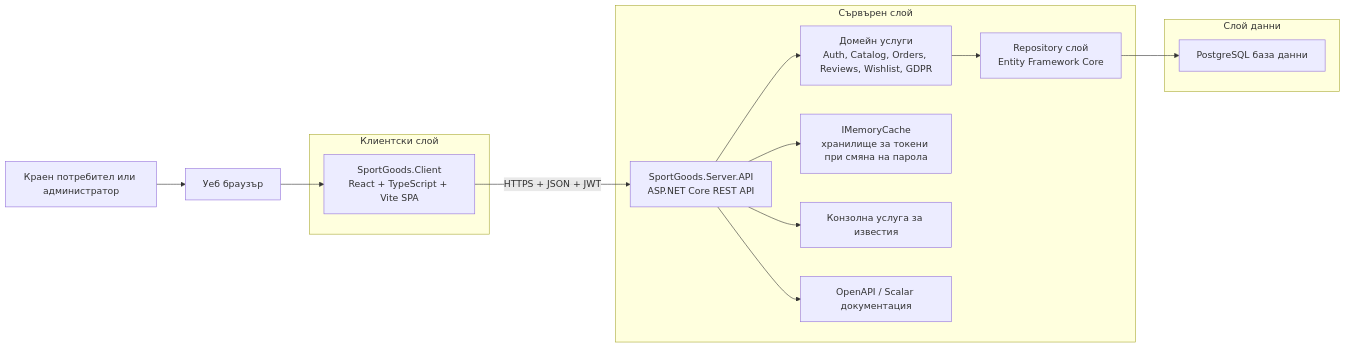
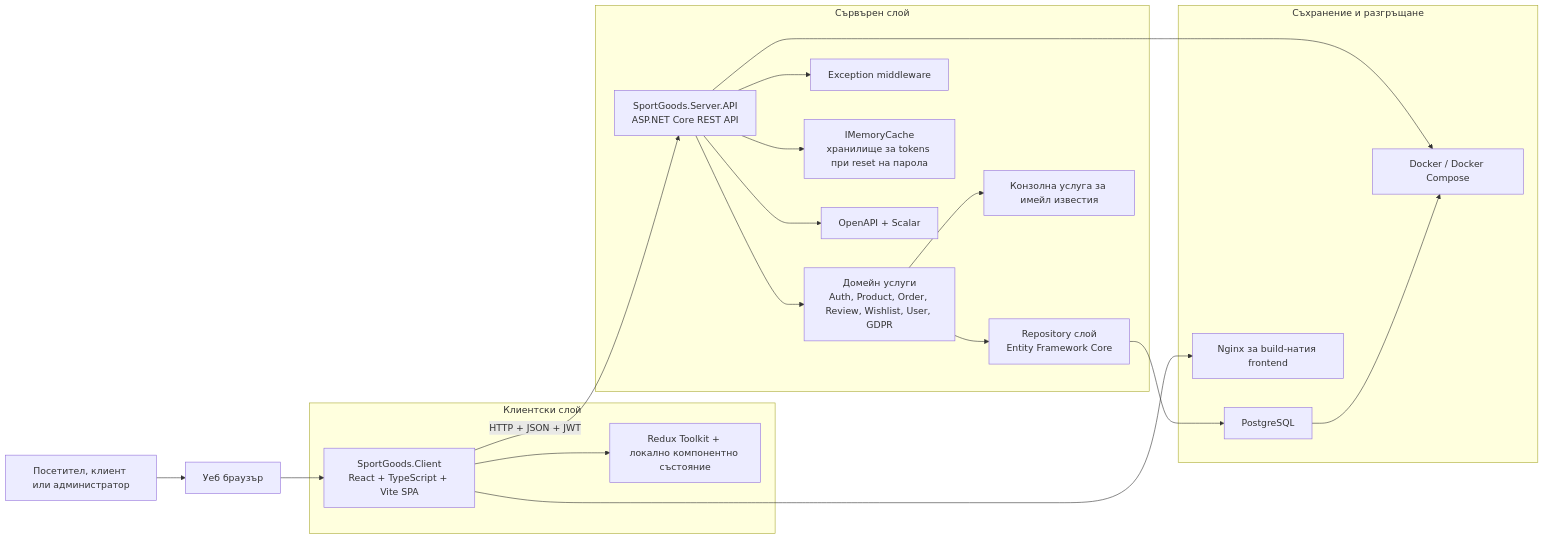
Before and after one commit to IvanovvAlex/SportGoods.Client: the first of 5 diagrams in docs/ProjectDocumentation.bg.md, drawn with Mermaid. The commit also changed other lines of this file and 3 other files, not shown here.

````diff
--- a/docs/ProjectDocumentation.bg.md
+++ b/docs/ProjectDocumentation.bg.md
@@ -64,30 +75,39 @@
 ```mermaid
 flowchart LR
-    User["Краен потребител или администратор"] --> Browser["Уеб браузър"]
+    User["Посетител, клиент или администратор"] --> Browser["Уеб браузър"]
 
-    subgraph ClientLayer["Клиентски слой"]
-        Client["SportGoods.Client<br/>React + TypeScript + Vite SPA"]
+    subgraph Client["Клиентски слой"]
+        SPA["SportGoods.Client<br/>React + TypeScript + Vite SPA"]
+        Redux["Redux Toolkit + локално компонентно състояние"]
     end
 
-    subgraph ServerLayer["Сървърен слой"]
-        Api["SportGoods.Server.API<br/>ASP.NET Core REST API"]
-        Services["Домейн услуги<br/>Auth, Catalog, Orders, Reviews, Wishlist, GDPR"]
-        Repo["Repository слой<br/>Entity Framework Core"]
-        Cache["IMemoryCache<br/>хранилище за токени при смяна на парола"]
-        Email["Конзолна услуга за известия"]
-        Docs["OpenAPI / Scalar документация"]
+    subgraph Server["Сървърен слой"]
+        API["SportGoods.Server.API<br/>ASP.NET Core REST API"]
+        Domain["Домейн услуги<br/>Auth, Product, Order, Review, Wishlist, User, GDPR"]
+        Repos["Repository слой<br/>Entity Framework Core"]
+        Middleware["Exception middleware"]
+        Cache["IMemoryCache<br/>хранилище за tokens при reset на парола"]
+        Notify["Конзолна услуга за имейл известия"]
+        Docs["OpenAPI + Scalar"]
     end
 
-    subgraph DataLayer["Слой данни"]
-        Db["PostgreSQL база данни"]
+    subgraph Data["Съхранение и разгръщане"]
+        DB["PostgreSQL"]
+        Docker["Docker / Docker Compose"]
+        Nginx["Nginx за build-натия frontend"]
     end
 
-    Browser --> Client
-    Client -->|"HTTPS + JSON + JWT"| Api
-    Api --> Services
-    Services --> Repo
-    Repo --> Db
-    Api --> Cache
-    Api --> Email
-    Api --> Docs
+    Browser --> SPA
+    SPA --> Redux
+    SPA -->|"HTTP + JSON + JWT"| API
+    API --> Middleware
+    API --> Domain
+    Domain --> Repos
+    Repos --> DB
+    API --> Cache
+    Domain --> Notify
+    API --> Docs
+    SPA --> Nginx
+    API --> Docker
+    DB --> Docker
 ```
````
